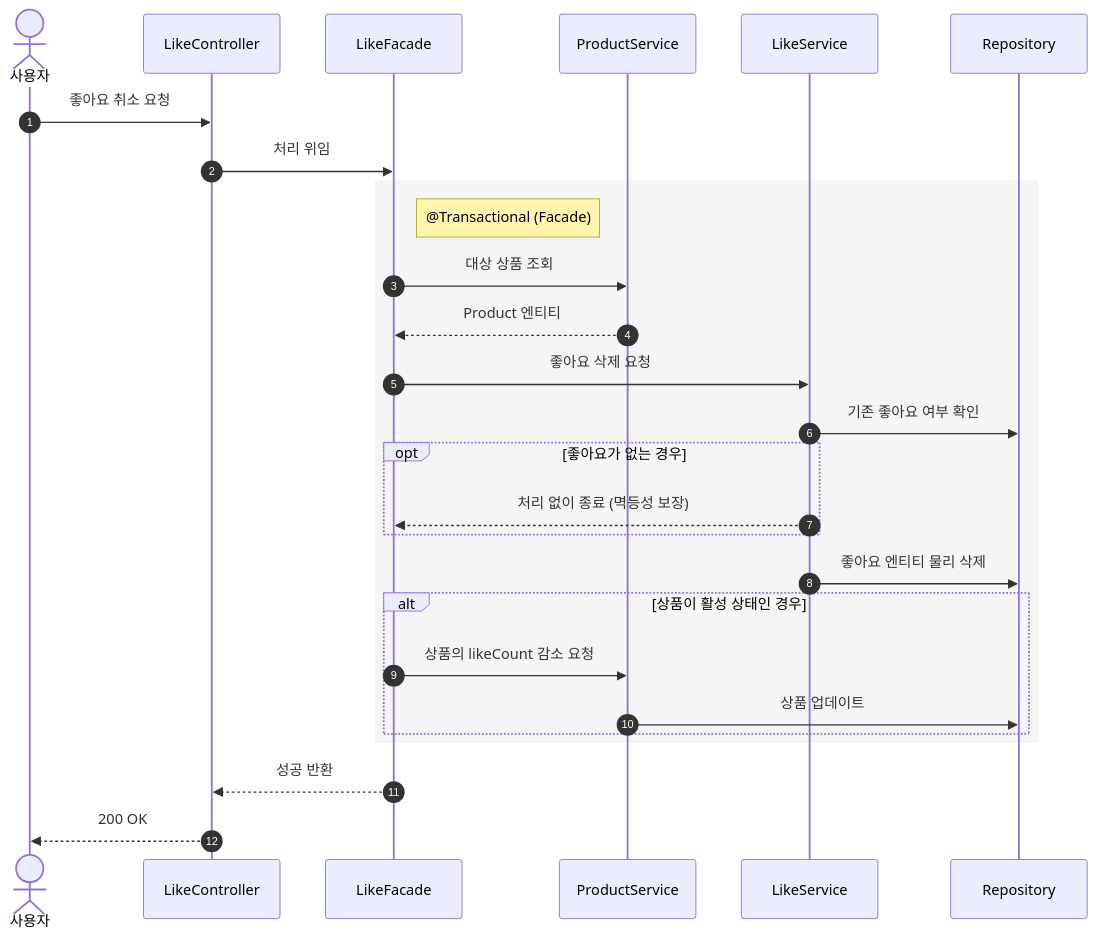
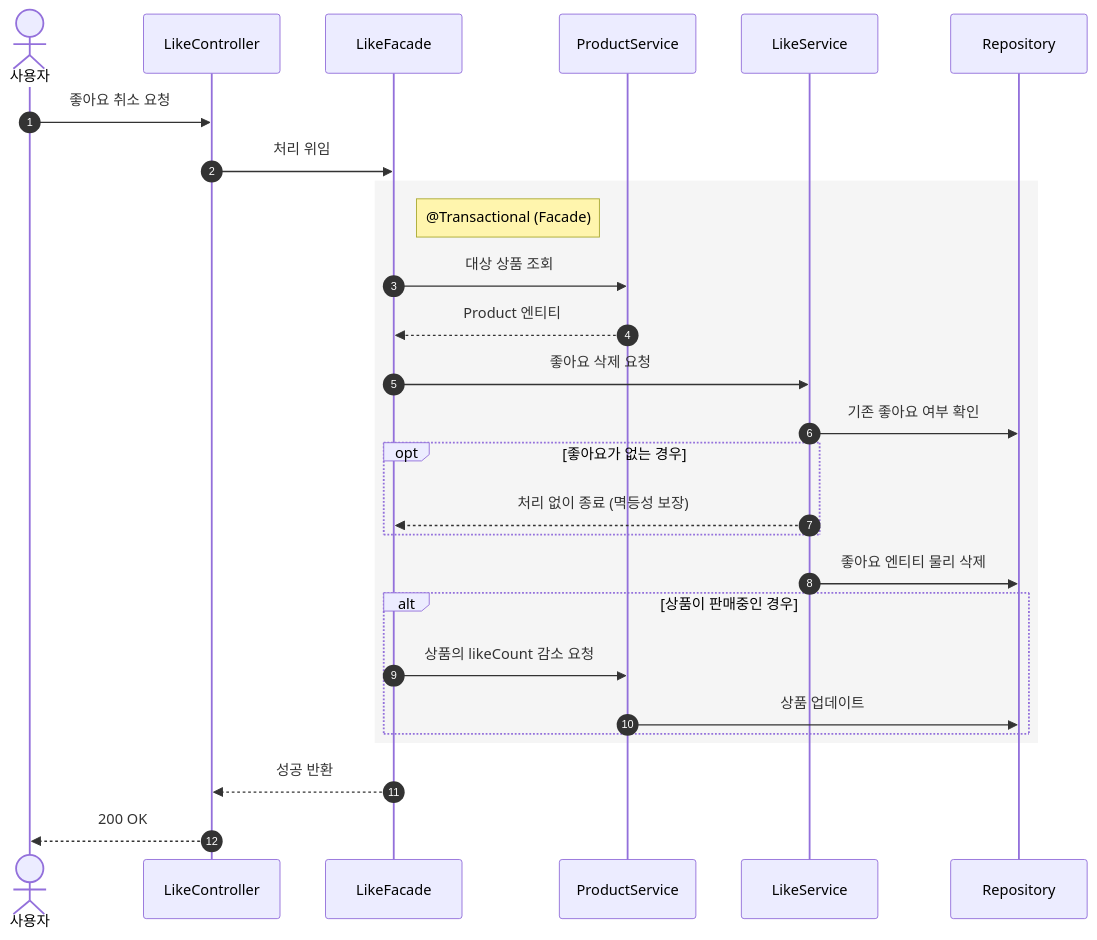
Before and after one commit to Loopers-dev-lab/loop-pack-be-l2-vol3-kotlin: diagram 15 of 21 in docs/design-v2/02-sequence-diagrams-v2.md, drawn with Mermaid. The commit also changed other lines of this file and 6 other files, not shown here.

First line of the commit message:
docs: v2 설계 문서 2차 리뷰 반영 — 6건 이슈 해소, 플로우차트·마인드맵 추가

````diff
--- a/docs/design-v2/02-sequence-diagrams-v2.md
+++ b/docs/design-v2/02-sequence-diagrams-v2.md
@@ -424,34 +396,34 @@
 ```mermaid
 sequenceDiagram
     autonumber
     actor User as 사용자
     participant C as LikeController
     participant F as LikeFacade
     participant PS as ProductService
     participant LS as LikeService
     participant R as Repository
     User ->> C: 좋아요 취소 요청
     C ->> F: 처리 위임
 
     rect rgb(245, 245, 245)
         Note right of F: @Transactional (Facade)
         F ->> PS: 대상 상품 조회
         PS -->> F: Product 엔티티
         F ->> LS: 좋아요 삭제 요청
         LS ->> R: 기존 좋아요 여부 확인
 
         opt 좋아요가 없는 경우
             LS -->> F: 처리 없이 종료 (멱등성 보장)
         end
 
         LS ->> R: 좋아요 엔티티 물리 삭제
 
-        alt 상품이 활성 상태인 경우
+        alt 상품이 판매중인 경우
             F ->> PS: 상품의 likeCount 감소 요청
             PS ->> R: 상품 업데이트
         end
     end
 
     F -->> C: 성공 반환
     C -->> User: 200 OK
 ```
````
